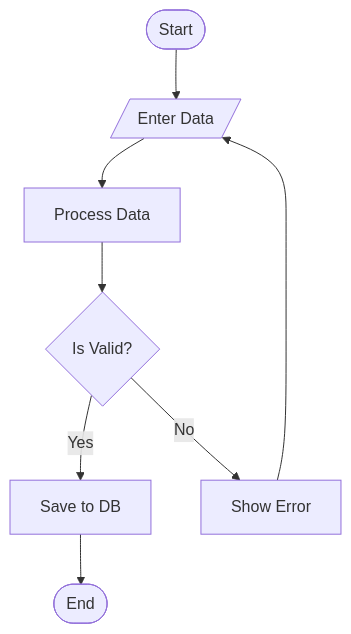
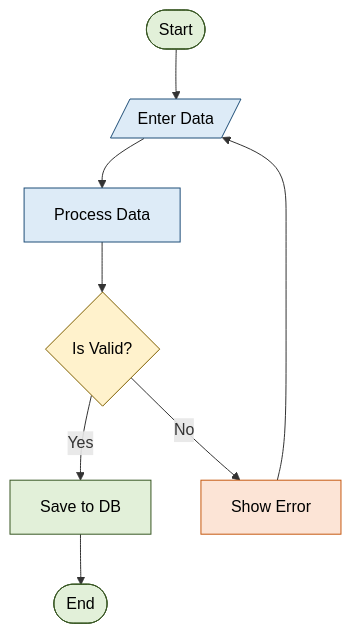
Before and after one commit to dhuru-7/arka: the diagram in backend/knowledge/flowchart.md, drawn with Mermaid. The commit also changed other lines of this file and 5 other files, not shown here.

Commit message:
feat: implement semantic node and subgraph coloring for flowchart and architecture diagrams

````diff
--- a/backend/knowledge/flowchart.md
+++ b/backend/knowledge/flowchart.md
@@ -37,10 +61,15 @@
 ```mermaid
 flowchart TD
-    start([Start]) --> input[/Enter Data/]
-    input --> process[Process Data]
-    process --> decision{Is Valid?}
-    decision -->|Yes| success[Save to DB]
-    decision -->|No| error[Show Error]
-    error --> input
-    success --> finish([End])
+    startNode([Start]):::greenNode --> inputNode[/Enter Data/]:::blueNode
+    inputNode --> processNode[Process Data]:::blueNode
+    processNode --> decisionNode{Is Valid?}:::yellowNode
+    decisionNode -->|Yes| successNode[Save to DB]:::greenNode
+    decisionNode -->|No| errorNode[Show Error]:::redNode
+    errorNode --> inputNode
+    successNode --> finishNode([End]):::greenNode
+
+    classDef greenNode fill:#e2f0d9,stroke:#385723,color:#000000;
+    classDef blueNode fill:#ddebf7,stroke:#1f4e78,color:#000000;
+    classDef yellowNode fill:#fff2cc,stroke:#7f6000,color:#000000;
+    classDef redNode fill:#fce4d6,stroke:#c65911,color:#000000;
 ```
````
